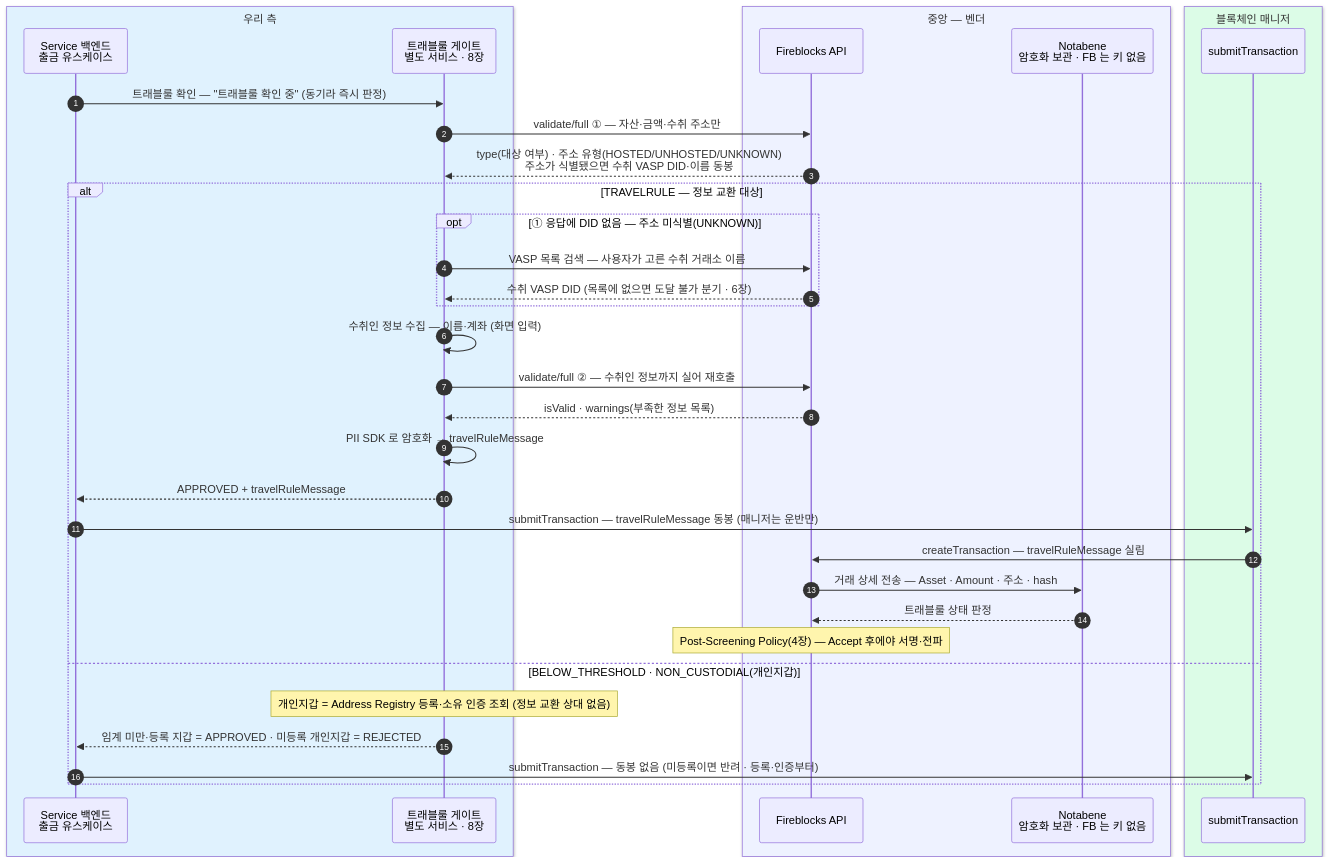
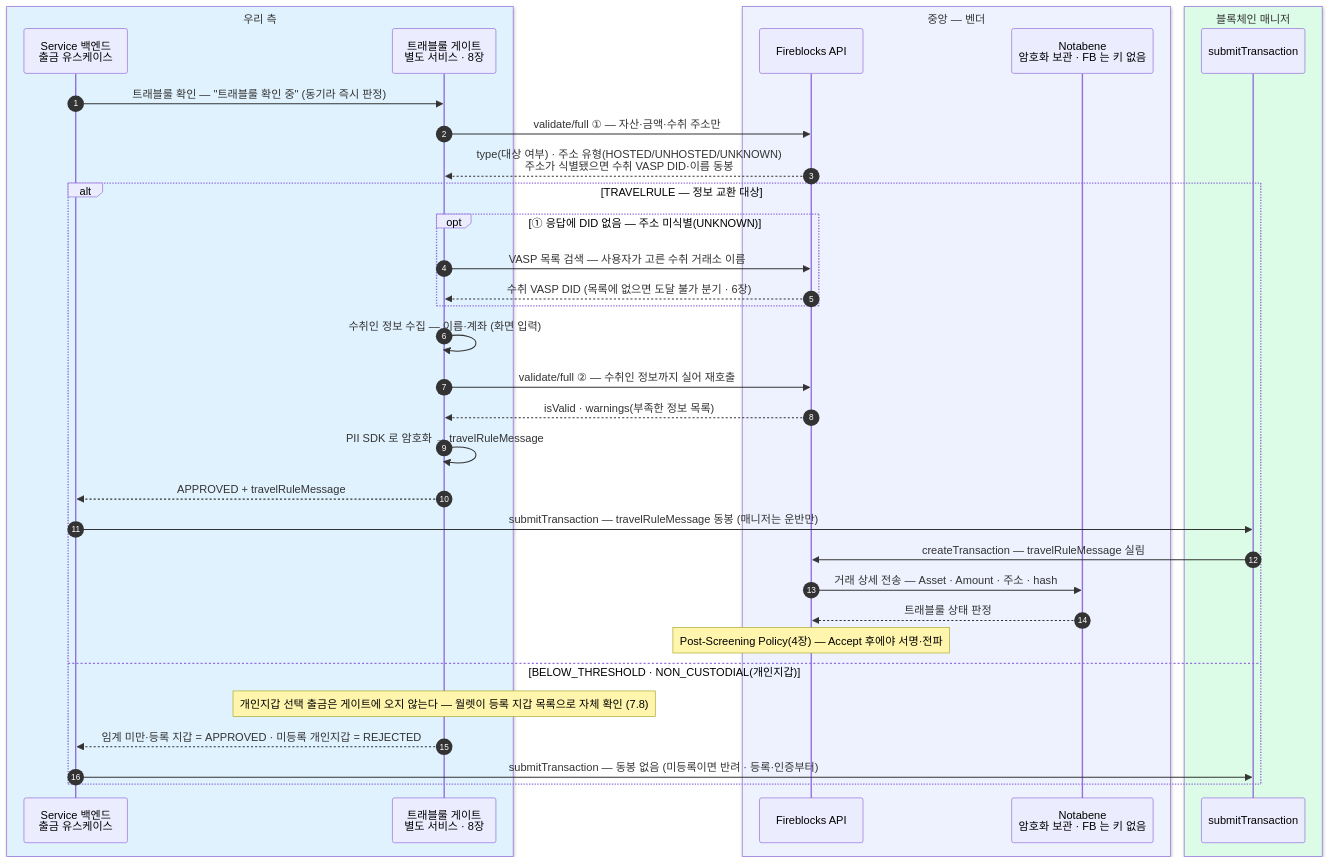
One commit to eunsujeo/eunpus changed the second of 11 diagrams in blockchain-manager/docs/트래블룰/설계/07-scenarios.md. Above: the diagram before and after it, drawn with Mermaid. The commit also changed other lines of this file and 8 other files, not shown here.

````diff
--- a/blockchain-manager/docs/트래블룰/설계/07-scenarios.md
+++ b/blockchain-manager/docs/트래블룰/설계/07-scenarios.md
@@ -87,39 +87,39 @@
 ```mermaid
 sequenceDiagram
     autonumber
     box rgb(224,242,254) 우리 측
     participant BE as Service 백엔드<br/>출금 유스케이스
     participant GT as 트래블룰 게이트<br/>별도 서비스 · 8장
     end
     box rgb(238,242,255) 중앙 — 벤더
     participant FB as Fireblocks API
     participant NB as Notabene<br/>암호화 보관 · FB 는 키 없음
     end
     box rgb(220,252,231) 블록체인 매니저
     participant BM as submitTransaction
     end
 
     BE->>GT: 트래블룰 확인 — "트래블룰 확인 중" (동기라 즉시 판정)
     GT->>FB: validate/full ① — 자산·금액·수취 주소만
     FB-->>GT: type(대상 여부) · 주소 유형(HOSTED/UNHOSTED/UNKNOWN)<br/>주소가 식별됐으면 수취 VASP DID·이름 동봉
     alt TRAVELRULE — 정보 교환 대상
         opt ① 응답에 DID 없음 — 주소 미식별(UNKNOWN)
             GT->>FB: VASP 목록 검색 — 사용자가 고른 수취 거래소 이름
             FB-->>GT: 수취 VASP DID (목록에 없으면 도달 불가 분기 · 6장)
         end
         GT->>GT: 수취인 정보 수집 — 이름·계좌 (화면 입력)
         GT->>FB: validate/full ② — 수취인 정보까지 실어 재호출
         FB-->>GT: isValid · warnings(부족한 정보 목록)
         GT->>GT: PII SDK 로 암호화 → travelRuleMessage
         GT-->>BE: APPROVED + travelRuleMessage
         BE->>BM: submitTransaction — travelRuleMessage 동봉 (매니저는 운반만)
         BM->>FB: createTransaction — travelRuleMessage 실림
         FB->>NB: 거래 상세 전송 — Asset · Amount · 주소 · hash
         NB-->>FB: 트래블룰 상태 판정
         Note over FB: Post-Screening Policy(4장) — Accept 후에야 서명·전파
     else BELOW_THRESHOLD · NON_CUSTODIAL(개인지갑)
-        Note over GT: 개인지갑 = Address Registry 등록·소유 인증 조회 (정보 교환 상대 없음)
+        Note over GT: 개인지갑 선택 출금은 게이트에 오지 않는다 — 월렛이 등록 지갑 목록으로 자체 확인 (7.8)
         GT-->>BE: 임계 미만·등록 지갑 = APPROVED · 미등록 개인지갑 = REJECTED
         BE->>BM: submitTransaction — 동봉 없음 (미등록이면 반려 · 등록·인증부터)
     end
 ```
````
